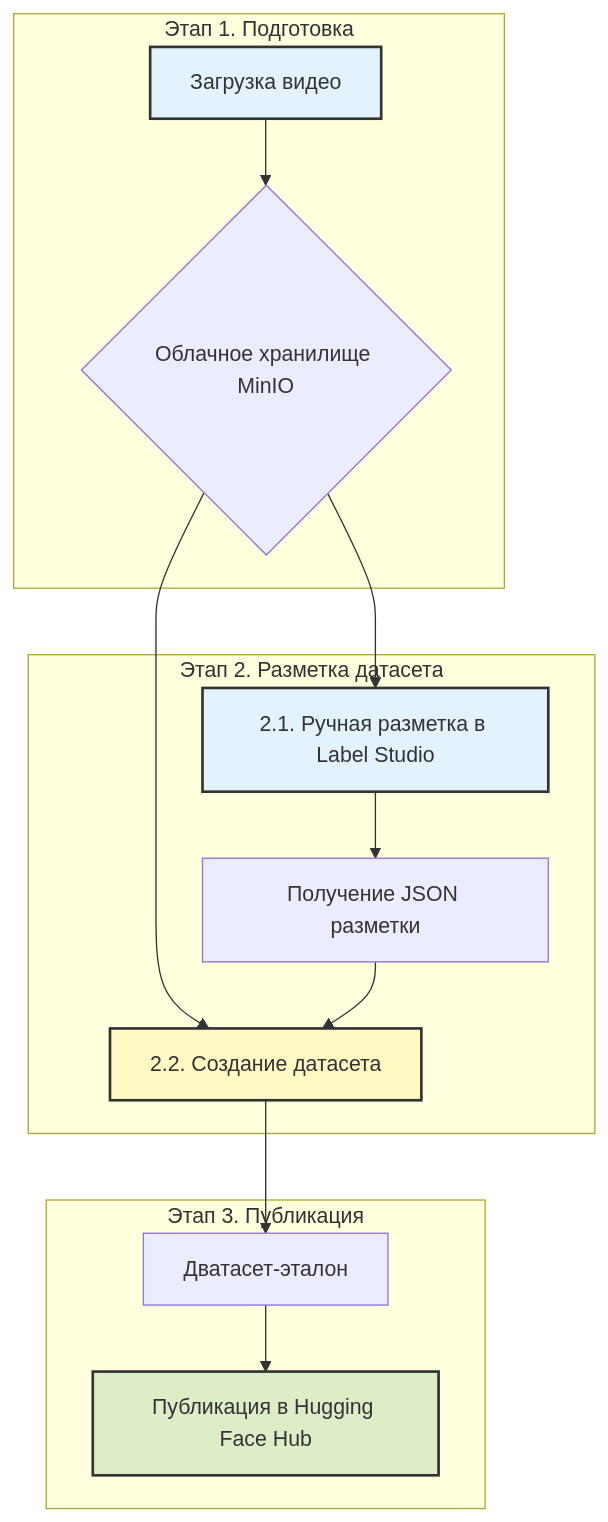
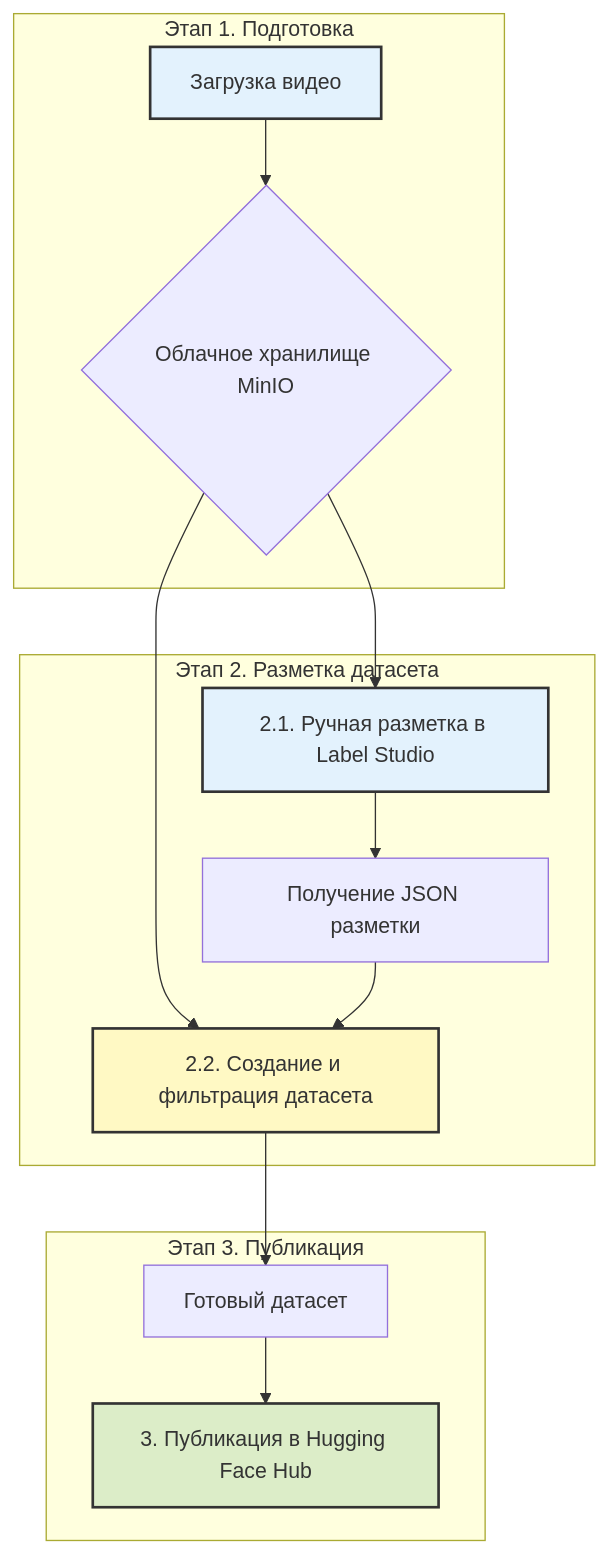
The first of 3 diagrams in readme.md (BosenkoTM/ppi_mgpu), drawn with Mermaid before and after one commit. The commit also changed other lines of this file, not shown here.

````diff
--- a/readme.md
+++ b/readme.md
@@ -13,22 +13,22 @@
 ```mermaid
 graph TD
     subgraph Этап 1. Подготовка
         A[Загрузка видео] --> B{Облачное хранилище MinIO};
     end
 
     subgraph Этап 2. Разметка датасета
         B --> C[2.1. Ручная разметка в Label Studio];
         C --> D[Получение JSON разметки];
-        B & D --> E[2.2. Создание датасета];
+        B & D --> E[2.2. Создание и фильтрация датасета];
     end
 
     subgraph Этап 3. Публикация
-        E --> F[Дватасет-эталон];
-        F --> G[Публикация в Hugging Face Hub];
+        E --> F[Готовый датасет];
+        F --> G[3. Публикация в Hugging Face Hub];
     end
 
     style A fill:#e3f2fd,stroke:#333,stroke-width:2px
     style C fill:#e3f2fd,stroke:#333,stroke-width:2px
     style E fill:#fff9c4,stroke:#333,stroke-width:2px
     style G fill:#dcedc8,stroke:#333,stroke-width:2px
 ```
````
